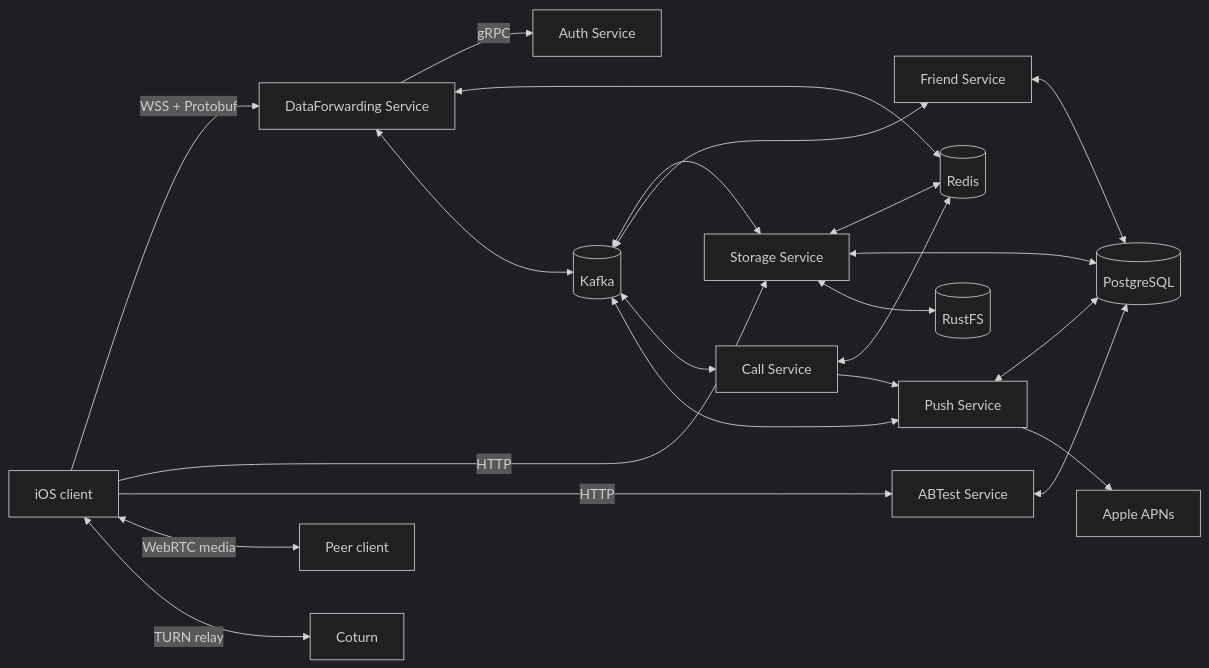
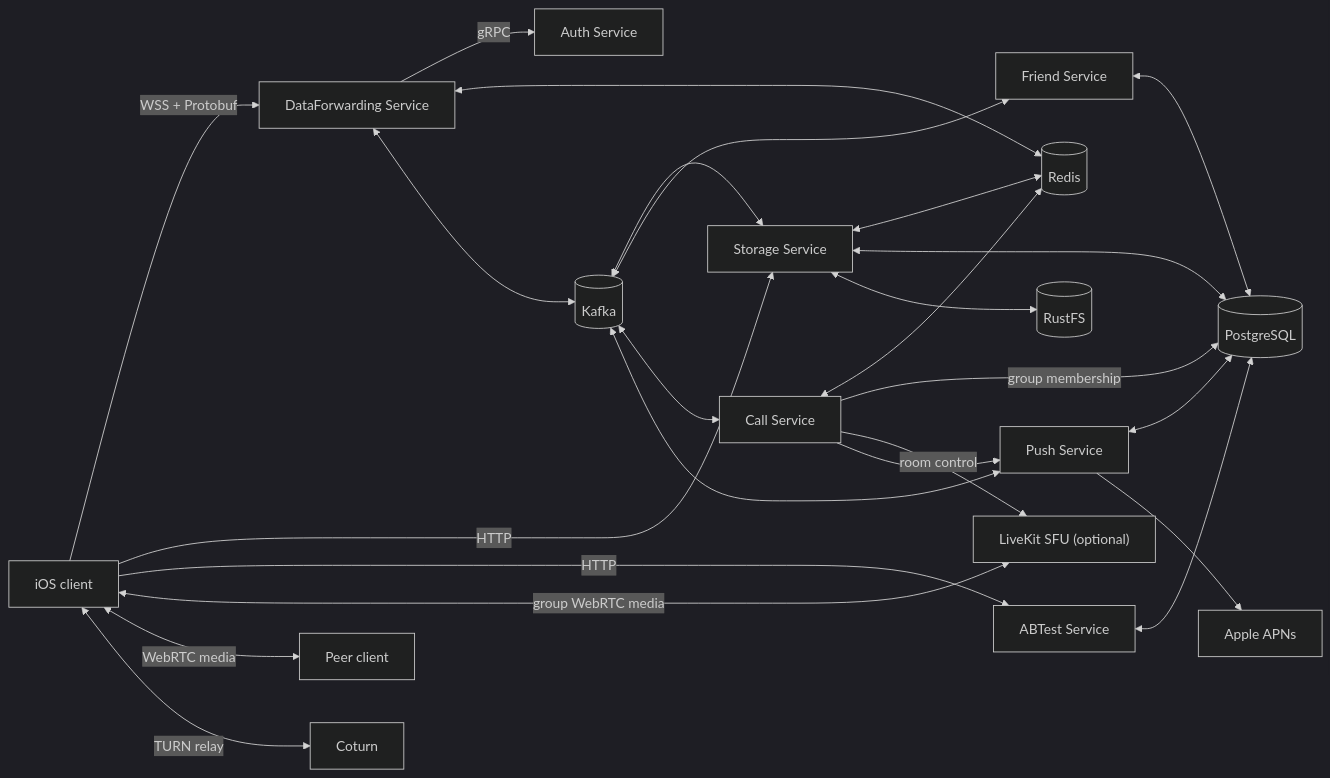
Before and after one commit to Voltline/Betterfly2: the diagram in README.md, drawn with Mermaid (dark theme). The commit also changed other lines of this file and 39 other files, not shown here.

````diff
--- a/README.md
+++ b/README.md
@@ -30,24 +30,27 @@
 ```mermaid
 flowchart LR
     Client["iOS client"] -->|"WSS + Protobuf"| DF["DataForwarding Service"]
     Client -->|"HTTP"| Storage["Storage Service"]
     Client -->|"HTTP"| AB["ABTest Service"]
     DF -->|"gRPC"| Auth["Auth Service"]
     DF <--> Redis[(Redis)]
     DF <--> Kafka[(Kafka)]
     Kafka <--> Storage
     Kafka <--> Friend["Friend Service"]
     Kafka <--> Call["Call Service"]
     Kafka <--> Push["Push Service"]
     Storage <--> Redis
     Storage <--> PG[(PostgreSQL)]
     Storage <--> RustFS[(RustFS)]
     Friend <--> PG
     AB <--> PG
     Push <--> PG
     Push --> APNs["Apple APNs"]
     Call <--> Redis
+    Call -->|"group membership"| PG
+    Call -->|"room control"| SFU["LiveKit SFU (optional)"]
+    Client <-->|"group WebRTC media"| SFU
     Call --> Push
     Client <-->|"WebRTC media"| Peer["Peer client"]
     Client <-->|"TURN relay"| Coturn["Coturn"]
 ```
````
